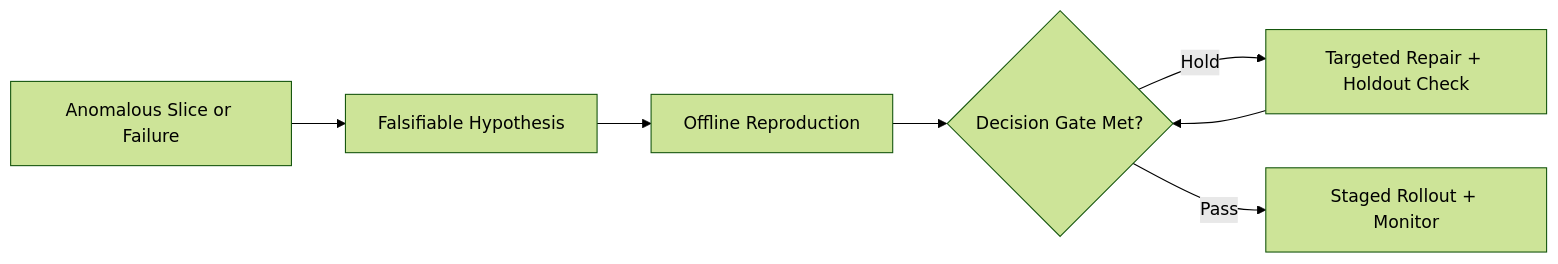
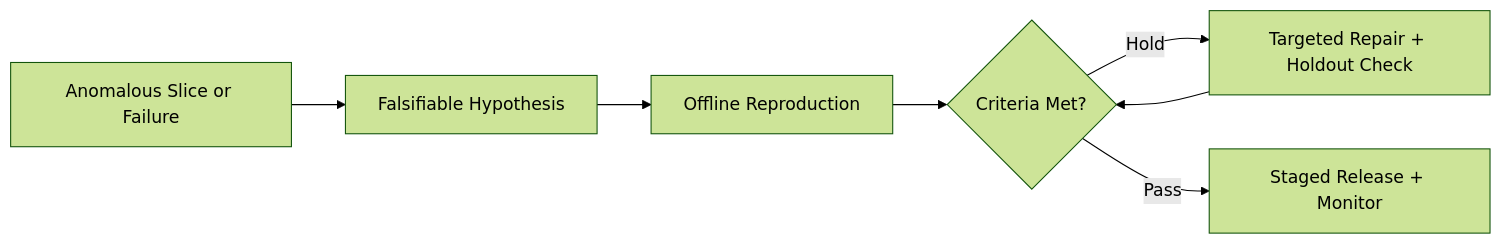
One commit to bvolpato/leetllm changed the diagram in web/src/content/interviewing/ai-lab-behavioral-interview/content.md. Above: the diagram before and after it, drawn with Mermaid (forest theme). The commit also changed other lines of this file and 23 other files, not shown here.

````diff
--- a/web/src/content/interviewing/ai-lab-behavioral-interview/content.md
+++ b/web/src/content/interviewing/ai-lab-behavioral-interview/content.md
@@ -51,9 +51,9 @@
 ```mermaid
 flowchart LR
   S["Anomalous Slice or Failure"]:::warning --> H["Falsifiable Hypothesis"]:::primary
   H --> R["Offline Reproduction"]:::accent
-  R --> D{"Decision Gate Met?"}:::secondary
+  R --> D{"Criteria Met?"}:::secondary
   D -->|"Hold"| F["Targeted Repair + Holdout Check"]:::primary
-  D -->|"Pass"| P["Staged Rollout + Monitor"]:::success
+  D -->|"Pass"| P["Staged Release + Monitor"]:::success
   F --> D
 ```
````
